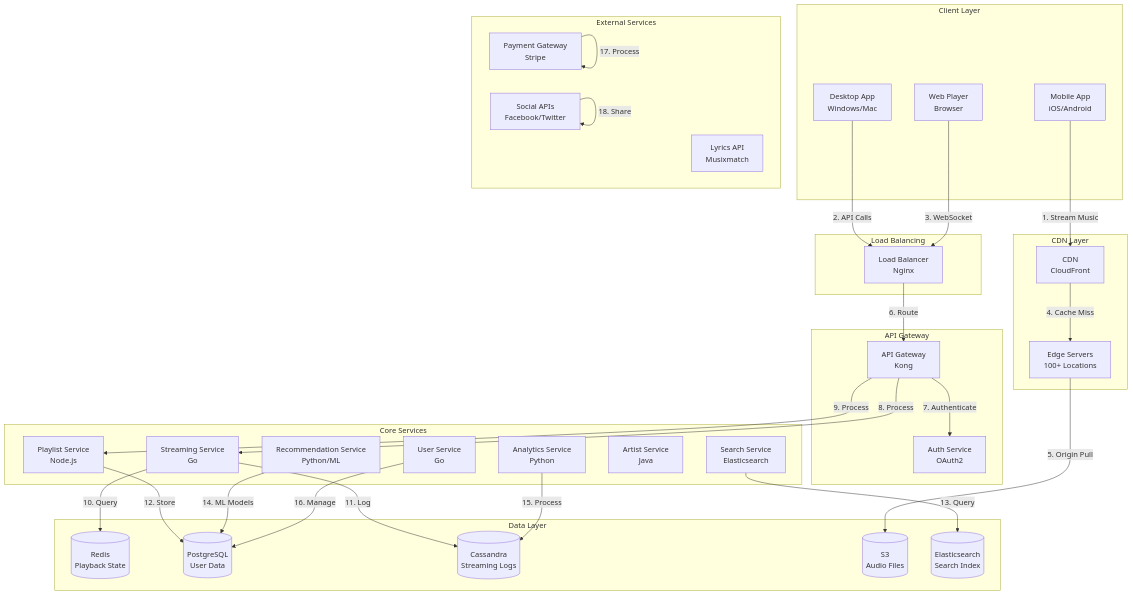
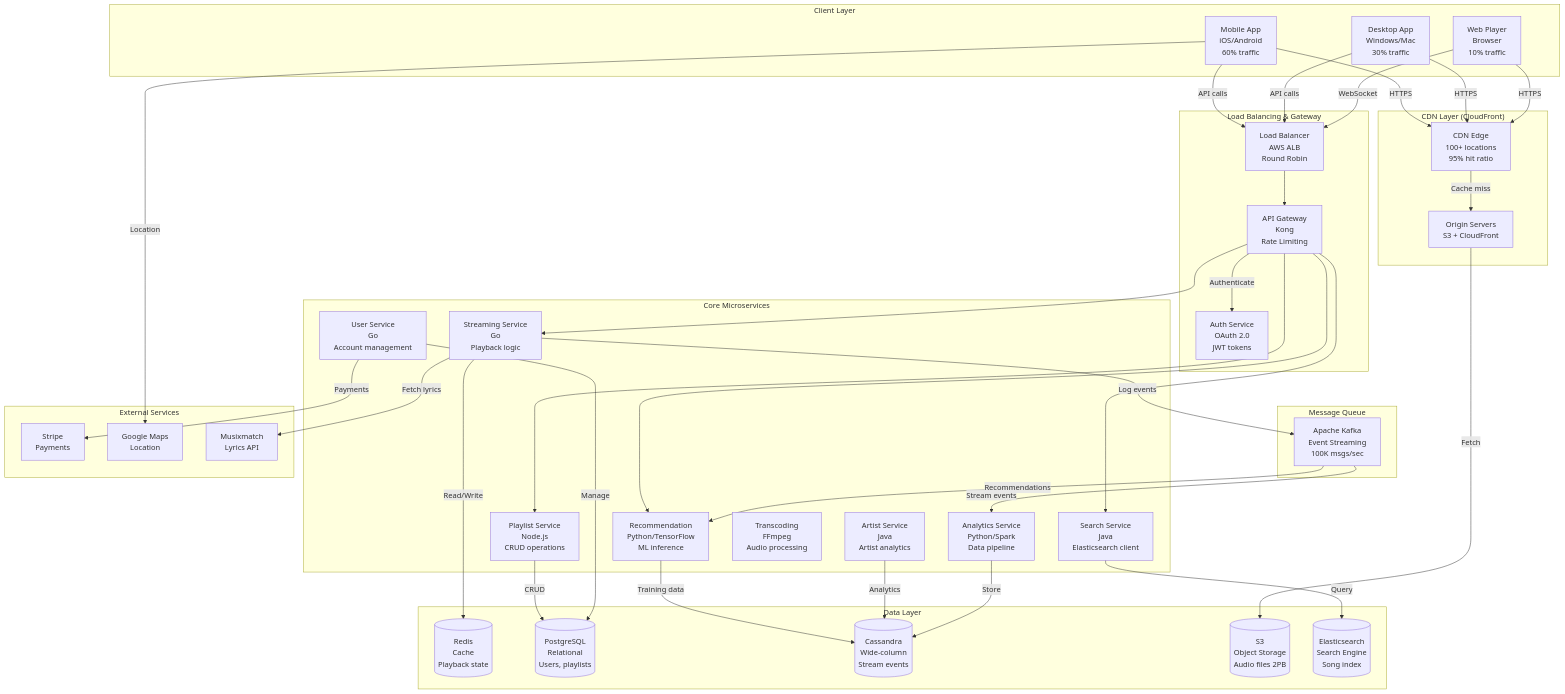
Before and after one commit to pankaj139/system-design-interview-solutions: the diagram in music_streaming_system_design.md, drawn with Mermaid. The commit also changed other lines of this file and 7 other files, not shown here.

````diff
--- a/music_streaming_system_design.md
+++ b/music_streaming_system_design.md
@@ -196,70 +794,82 @@
 ```mermaid
 graph TB
-    subgraph Client Layer
-        Mobile[Mobile App<br/>iOS/Android]
-        Desktop[Desktop App<br/>Windows/Mac]
-        Web[Web Player<br/>Browser]
+    subgraph "Client Layer"
+        Mobile[Mobile App<br/>iOS/Android<br/>60% traffic]
+        Desktop[Desktop App<br/>Windows/Mac<br/>30% traffic]
+        Web[Web Player<br/>Browser<br/>10% traffic]
     end
     
-    subgraph CDN Layer
-        CDN[CDN<br/>CloudFront]
-        Edge[Edge Servers<br/>100+ Locations]
+    subgraph "CDN Layer (CloudFront)"
+        CDN[CDN Edge<br/>100+ locations<br/>95% hit ratio]
+        Origin[Origin Servers<br/>S3 + CloudFront]
     end
     
-    subgraph Load Balancing
-        LB[Load Balancer<br/>Nginx]
+    subgraph "Load Balancing & Gateway"
+        LB[Load Balancer<br/>AWS ALB<br/>Round Robin]
+        Gateway[API Gateway<br/>Kong<br/>Rate Limiting]
+        Auth[Auth Service<br/>OAuth 2.0<br/>JWT tokens]
     end
     
-    subgraph API Gateway
-        Gateway[API Gateway<br/>Kong]
-        Auth[Auth Service<br/>OAuth2]
+    subgraph "Core Microservices"
+        Stream[Streaming Service<br/>Go<br/>Playback logic]
+        Playlist[Playlist Service<br/>Node.js<br/>CRUD operations]
+        Search[Search Service<br/>Java<br/>Elasticsearch client]
+        Recommend[Recommendation<br/>Python/TensorFlow<br/>ML inference]
+        User[User Service<br/>Go<br/>Account management]
+        Artist[Artist Service<br/>Java<br/>Artist analytics]
+        Transcode[Transcoding<br/>FFmpeg<br/>Audio processing]
+        Analytics[Analytics Service<br/>Python/Spark<br/>Data pipeline]
     end
     
-    subgraph Core Services
-        Streaming[Streaming Service<br/>Go]
-        Playlist[Playlist Service<br/>Node.js]
-        Search[Search Service<br/>Elasticsearch]
-        Recommendation[Recommendation Service<br/>Python/ML]
-        User[User Service<br/>Go]
-        Artist[Artist Service<br/>Java]
-        Analytics[Analytics Service<br/>Python]
+    subgraph "Data Layer"
+        Redis[(Redis<br/>Cache<br/>Playback state)]
+        Postgres[(PostgreSQL<br/>Relational<br/>Users, playlists)]
+        Cassandra[(Cassandra<br/>Wide-column<br/>Stream events)]
+        S3[(S3<br/>Object Storage<br/>Audio files 2PB)]
+        ES[(Elasticsearch<br/>Search Engine<br/>Song index)]
     end
     
-    subgraph Data Layer
-        Redis[(Redis<br/>Playback State)]
-        PostgreSQL[(PostgreSQL<br/>User Data)]
-        Cassandra[(Cassandra<br/>Streaming Logs)]
-        S3[(S3<br/>Audio Files)]
-        Elasticsearch[(Elasticsearch<br/>Search Index)]
+    subgraph "Message Queue"
+        Kafka[Apache Kafka<br/>Event Streaming<br/>100K msgs/sec]
     end
     
-    subgraph External Services
-        Payment[Payment Gateway<br/>Stripe]
-        Social[Social APIs<br/>Facebook/Twitter]
-        Lyrics[Lyrics API<br/>Musixmatch]
+    subgraph "External Services"
+        Stripe[Stripe<br/>Payments]
+        Maps[Google Maps<br/>Location]
+        Lyrics[Musixmatch<br/>Lyrics API]
     end
     
-    Mobile -->|1. Stream Music| CDN
-    Desktop -->|2. API Calls| LB
-    Web -->|3. WebSocket| LB
+    Mobile -->|HTTPS| CDN
+    Desktop -->|HTTPS| CDN
+    Web -->|HTTPS| CDN
     
-    CDN -->|4. Cache Miss| Edge
-    Edge -->|5. Origin Pull| S3
+    CDN -->|Cache miss| Origin
+    Origin -->|Fetch| S3
     
-    LB -->|6. Route| Gateway
-    Gateway -->|7. Authenticate| Auth
-    Gateway -->|8. Process| Streaming
-    Gateway -->|9. Process| Playlist
+    Mobile -->|API calls| LB
+    Desktop -->|API calls| LB
+    Web -->|WebSocket| LB
     
-    Streaming -->|10. Query| Redis
-    Streaming -->|11. Log| Cassandra
-    Playlist -->|12. Store| PostgreSQL
-    Search -->|13. Query| Elasticsearch
+    LB --> Gateway
+    Gateway -->|Authenticate| Auth
+    Gateway --> Stream
+    Gateway --> Playlist
+    Gateway --> Search
+    Gateway --> Recommend
     
-    Recommendation -->|14. ML Models| PostgreSQL
-    Analytics -->|15. Process| Cassandra
-    User -->|16. Manage| PostgreSQL
+    Stream -->|Read/Write| Redis
+    Stream -->|Log events| Kafka
+    Playlist -->|CRUD| Postgres
+    Search -->|Query| ES
+    Recommend -->|Training data| Cassandra
+    User -->|Manage| Postgres
+    Artist -->|Analytics| Cassandra
     
-    Payment -->|17. Process| Payment
-    Social -->|18. Share| Social
+    Kafka -->|Stream events| Analytics
+    Kafka -->|Recommendations| Recommend
+    Analytics -->|Store| Cassandra
+    
+    User -->|Payments| Stripe
+    Mobile -->|Location| Maps
+    Stream -->|Fetch lyrics| Lyrics
 ```
````
